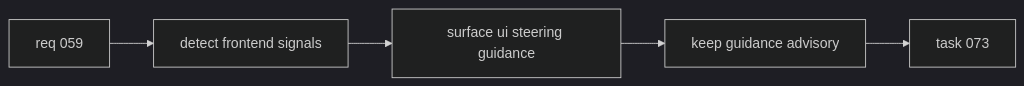
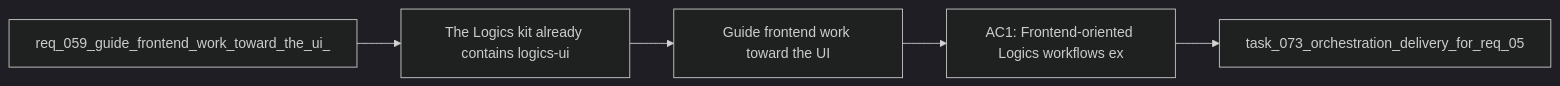
Before and after one commit to AlexAgo83/logics-manager: the diagram in logics/backlog/item_071_guide_frontend_work_toward_the_ui_steering_skill_in_the_logics_kit.md, drawn with Mermaid (dark theme). The commit also changed other lines of this file and 481 other files, not shown here.

````diff
--- a/logics/backlog/item_071_guide_frontend_work_toward_the_ui_steering_skill_in_the_logics_kit.md
+++ b/logics/backlog/item_071_guide_frontend_work_toward_the_ui_steering_skill_in_the_logics_kit.md
@@ -30,8 +30,9 @@
 ```mermaid
+%% logics-kind: backlog
 %% logics-signature: backlog|guide-frontend-work-toward-the-ui-steeri|req-059-guide-frontend-work-toward-the-u|the-logics-kit-already-contains-logics-u|ac1-frontend-oriented-logics-workflows-e
 flowchart LR
-    Req[req 059] --> Detect[detect frontend signals]
-    Detect --> Guide[surface ui steering guidance]
-    Guide --> Preserve[keep guidance advisory]
-    Preserve --> Task[task 073]
+    Request[req_059_guide_frontend_work_toward_the_ui_] --> Problem[The Logics kit already contains logics-ui]
+    Problem --> Scope[Guide frontend work toward the UI]
+    Scope --> Acceptance[AC1: Frontend-oriented Logics workflows ex]
+    Acceptance --> Tasks[task_073_orchestration_delivery_for_req_05]
 ```
````
